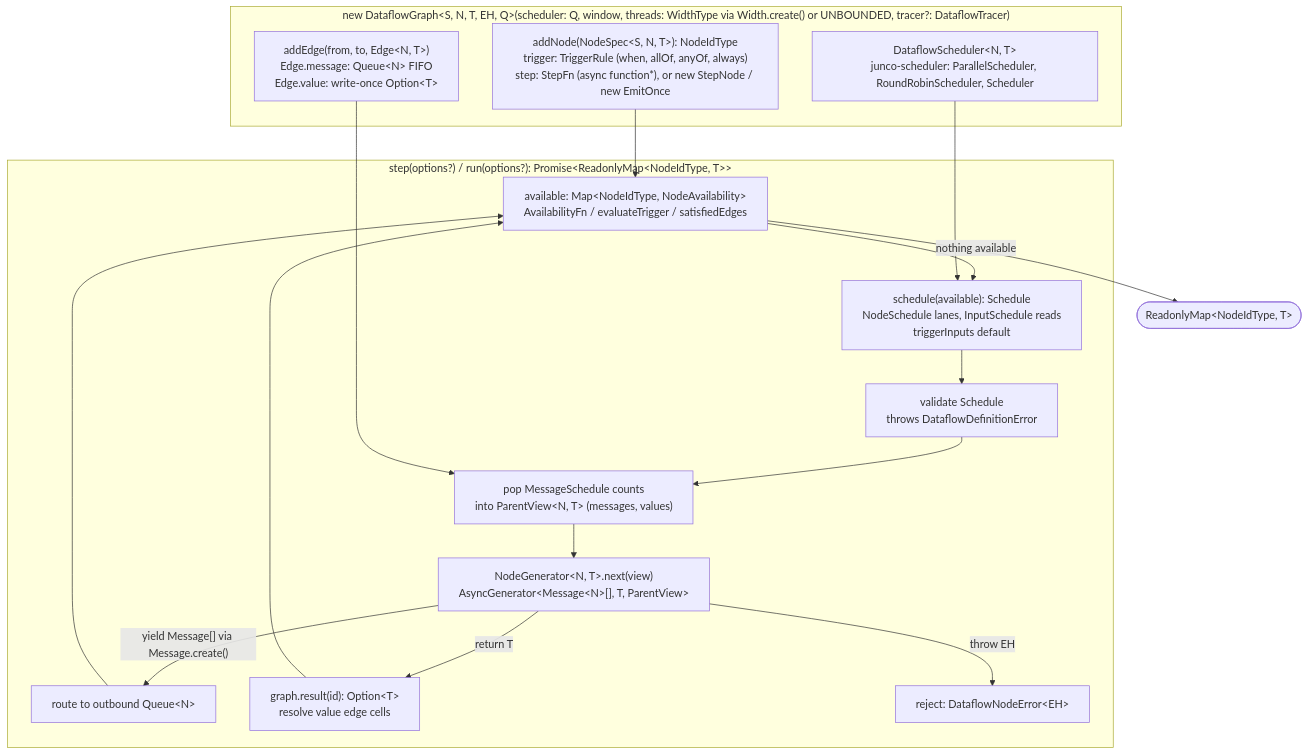
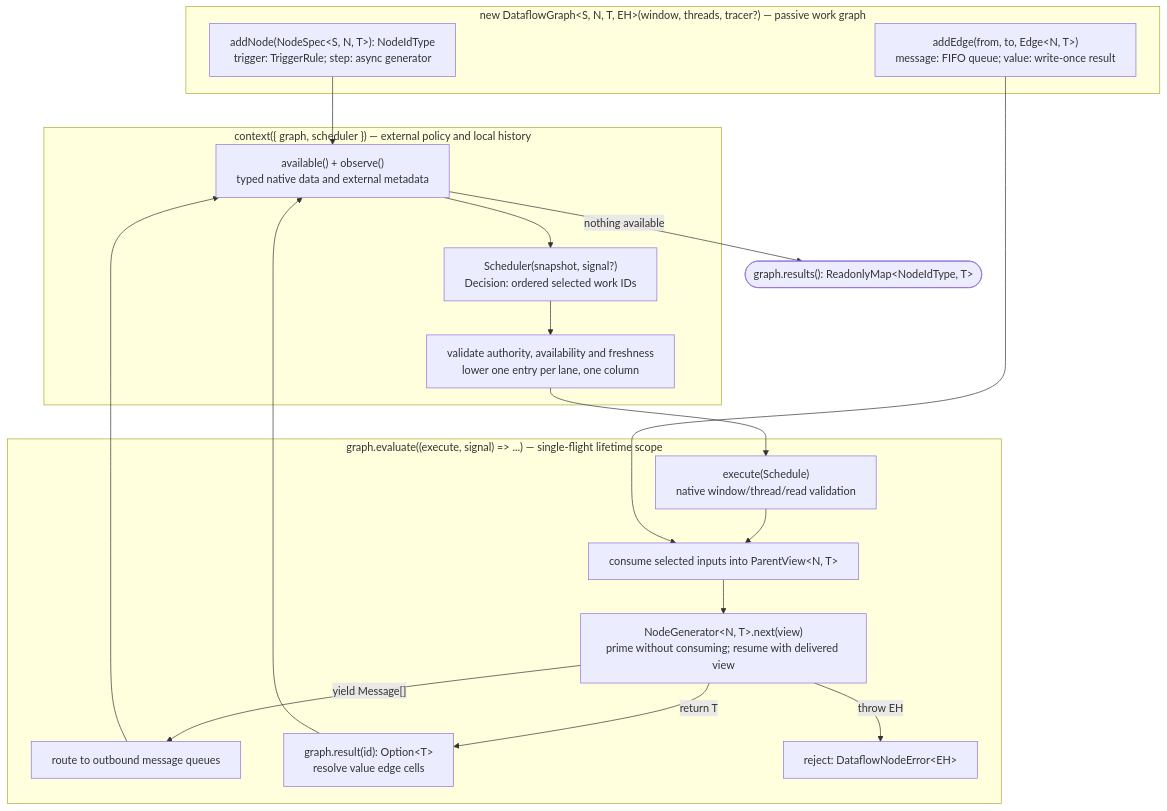
The diagram in packages/dataflow-engine/README.md (microsoft/junco), drawn with Mermaid before and after one commit. The commit also changed other lines of this file and 109 other files, not shown here.

Commit message:
Replace scheduler execution with DSL and update graph workflows

````diff
--- a/packages/dataflow-engine/README.md
+++ b/packages/dataflow-engine/README.md
@@ -9,24 +9,25 @@
 ```mermaid
 %%{init: {"flowchart": {"wrappingWidth": 360}}}%%
 flowchart TB
-  subgraph Definition["new DataflowGraph#lt;S, N, T, EH, Q#gt;(scheduler: Q, window, threads: WidthType via Width.create() or UNBOUNDED, tracer?: DataflowTracer)"]
-    N["addNode(NodeSpec#lt;S, N, T#gt;): NodeIdType<br/>trigger: TriggerRule (when, allOf, anyOf, always)<br/>step: StepFn (async function*), or new StepNode / new EmitOnce"]
-    E["addEdge(from, to, Edge#lt;N, T#gt;)<br/>Edge.message: Queue#lt;N#gt; FIFO<br/>Edge.value: write-once Option#lt;T#gt;"]
-    S["DataflowScheduler#lt;N, T#gt;<br/>junco-scheduler: ParallelScheduler, RoundRobinScheduler, Scheduler"]
+  subgraph Definition["new DataflowGraph#lt;S, N, T, EH#gt;(window, threads, tracer?) — passive work graph"]
+    N["addNode(NodeSpec#lt;S, N, T#gt;): NodeIdType<br/>trigger: TriggerRule; step: async generator"]
+    E["addEdge(from, to, Edge#lt;N, T#gt;)<br/>message: FIFO queue; value: write-once result"]
   end
-  subgraph Run["step(options?) / run(options?): Promise#lt;ReadonlyMap#lt;NodeIdType, T#gt;#gt;"]
-    A["available: Map#lt;NodeIdType, NodeAvailability#gt;<br/>AvailabilityFn / evaluateTrigger / satisfiedEdges"] --> P["schedule(available): Schedule<br/>NodeSchedule lanes, InputSchedule reads<br/>triggerInputs default"]
-    P --> K["validate Schedule<br/>throws DataflowDefinitionError"]
-    K --> X["pop MessageSchedule counts<br/>into ParentView#lt;N, T#gt; (messages, values)"]
-    X --> G["NodeGenerator#lt;N, T#gt;.next(view)<br/>AsyncGenerator#lt;Message#lt;N#gt;[], T, ParentView#gt;"]
-    G -- "yield Message[] via Message.create()" --> Q["route to outbound Queue#lt;N#gt;"]
+  subgraph Context["context({ graph, scheduler }) — external policy and local history"]
+    A["available() + observe()<br/>typed native data and external metadata"] --> P["Scheduler(snapshot, signal?)<br/>Decision: ordered selected work IDs"]
+    P --> L["validate authority, availability and freshness<br/>lower one entry per lane, one column"]
+  end
+  subgraph Execution["graph.evaluate((execute, signal) => ...) — single-flight lifetime scope"]
+    L --> K["execute(Schedule)<br/>native window/thread/read validation"]
+    K --> X["consume selected inputs into ParentView#lt;N, T#gt;"]
+    X --> G["NodeGenerator#lt;N, T#gt;.next(view)<br/>prime without consuming; resume with delivered view"]
+    G -- "yield Message[]" --> B["route to outbound message queues"]
     G -- "return T" --> R["graph.result(id): Option#lt;T#gt;<br/>resolve value edge cells"]
     G -- "throw EH" --> F["reject: DataflowNodeError#lt;EH#gt;"]
-    Q --> A
-    R --> A
   end
   N --> A
   E --> X
-  S --> P
-  A -- "nothing available" --> Z(["ReadonlyMap#lt;NodeIdType, T#gt;"])
+  B --> A
+  R --> A
+  A -- "nothing available" --> Z(["graph.results(): ReadonlyMap#lt;NodeIdType, T#gt;"])
 ```
````
